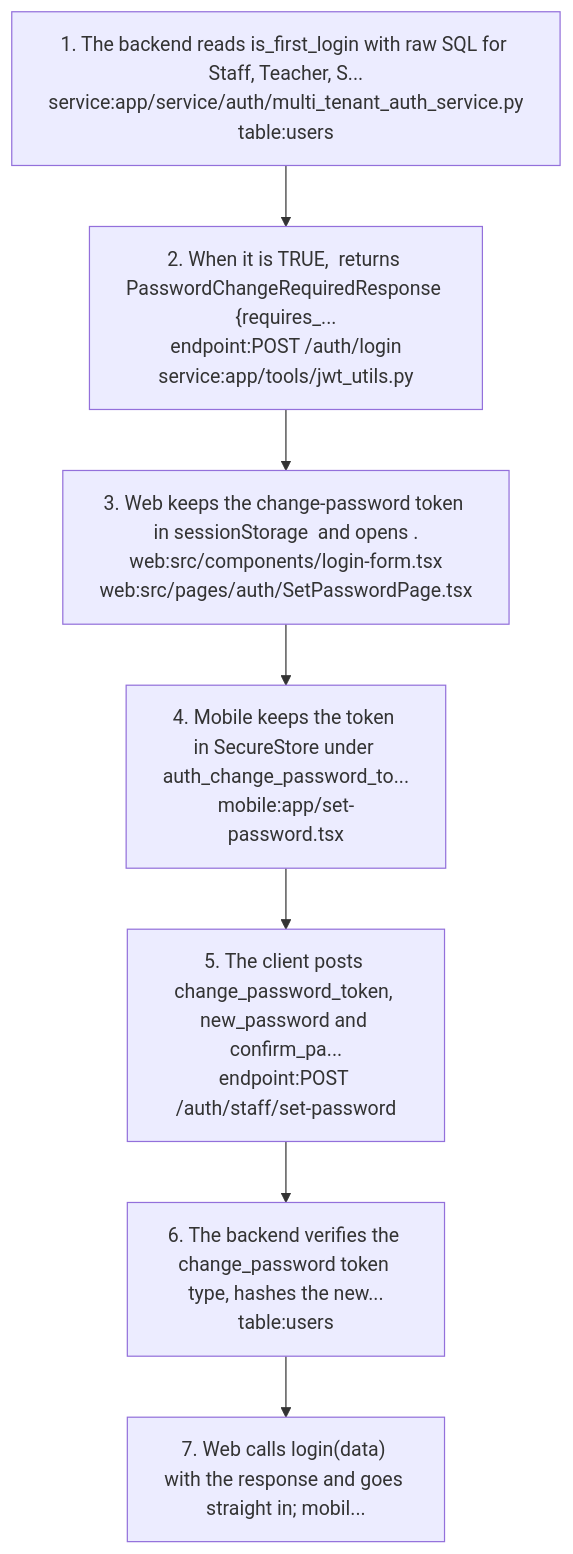
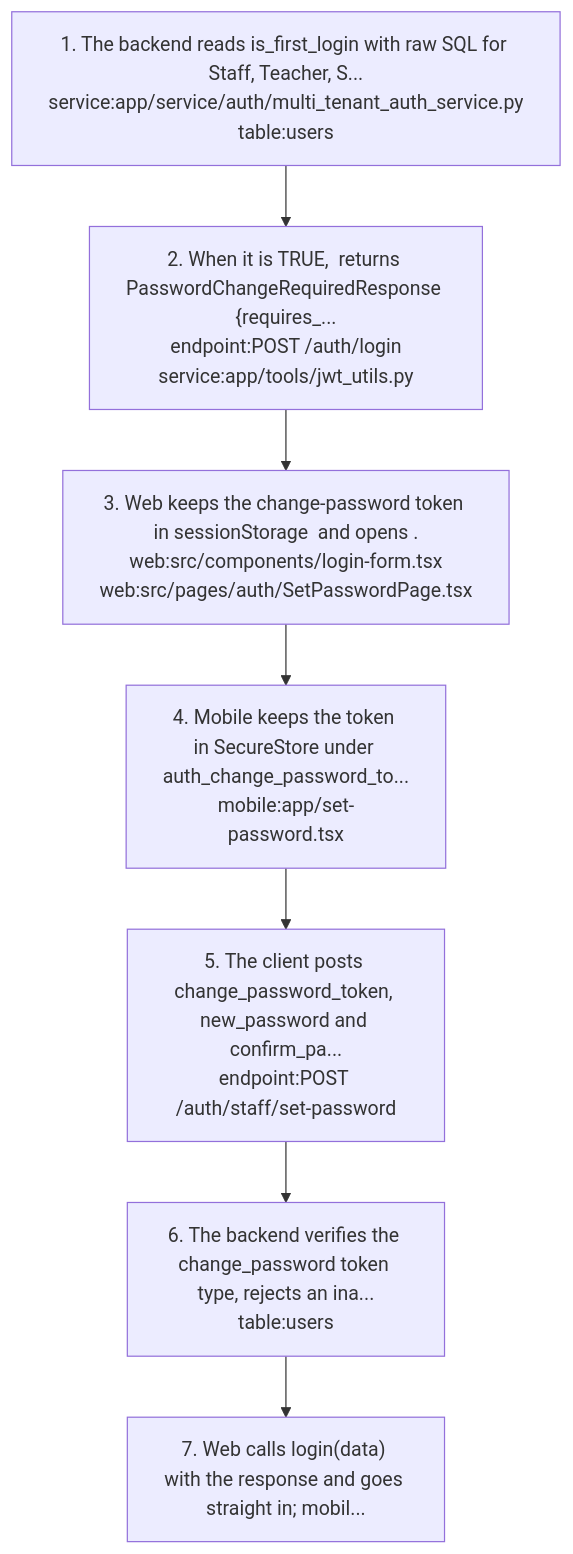
Before and after one commit to nerellasraj21/cos360_full_app: the third of 7 diagrams in docs/graph/views/auth.md, drawn with Mermaid. The commit also changed other lines of this file and 3 other files, not shown here.

````diff
--- a/docs/graph/views/auth.md
+++ b/docs/graph/views/auth.md
@@ -201,16 +201,16 @@
 ```mermaid
 flowchart TD
   s1["1. The backend reads is_first_login with raw SQL for Staff, Teacher, S...<br/>service:app/service/auth/multi_tenant_auth_service.py<br/>table:users"]
   s2["2. When it is TRUE,  returns PasswordChangeRequiredResponse {requires_...<br/>endpoint:POST /auth/login<br/>service:app/tools/jwt_utils.py"]
   s1 --> s2
   s3["3. Web keeps the change-password token in sessionStorage  and opens .<br/>web:src/components/login-form.tsx<br/>web:src/pages/auth/SetPasswordPage.tsx"]
   s2 --> s3
   s4["4. Mobile keeps the token in SecureStore under auth_change_password_to...<br/>mobile:app/set-password.tsx"]
   s3 --> s4
   s5["5. The client posts change_password_token, new_password and confirm_pa...<br/>endpoint:POST /auth/staff/set-password"]
   s4 --> s5
-  s6["6. The backend verifies the change_password token type, hashes the new...<br/>table:users"]
+  s6["6. The backend verifies the change_password token type, rejects an ina...<br/>table:users"]
   s5 --> s6
   s7["7. Web calls login(data) with the response and goes straight in; mobil..."]
   s6 --> s7
 ```
````
